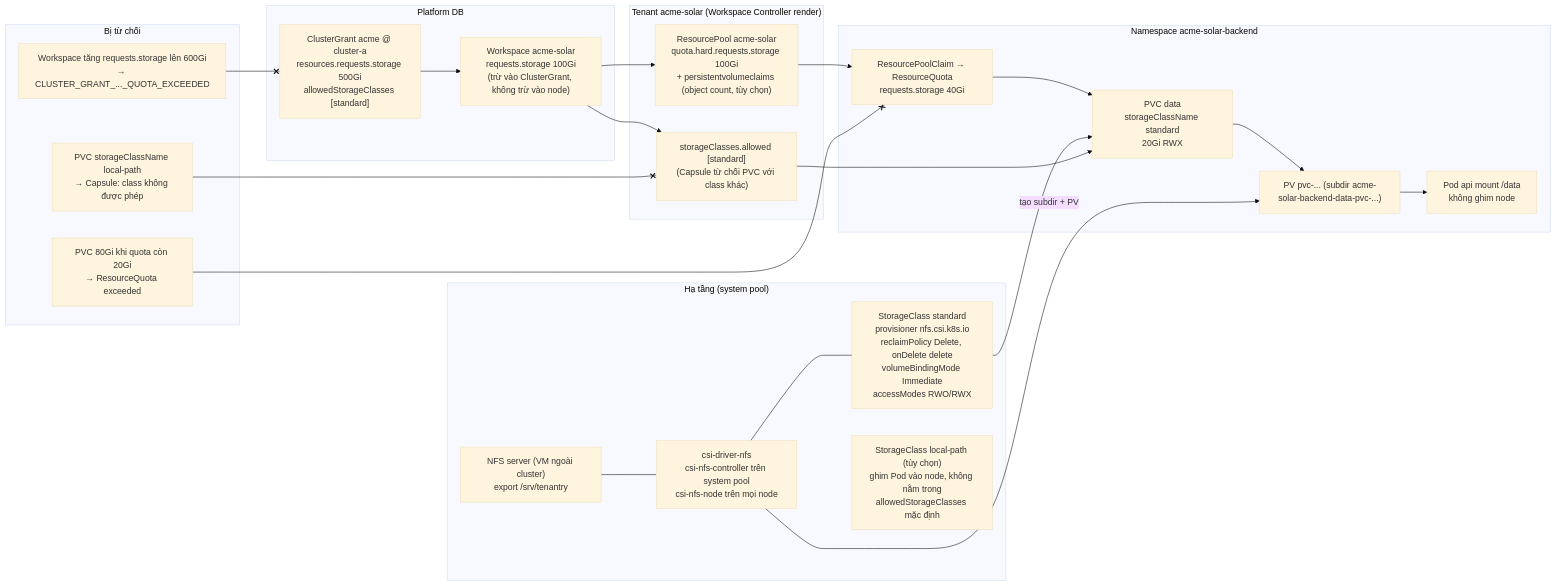
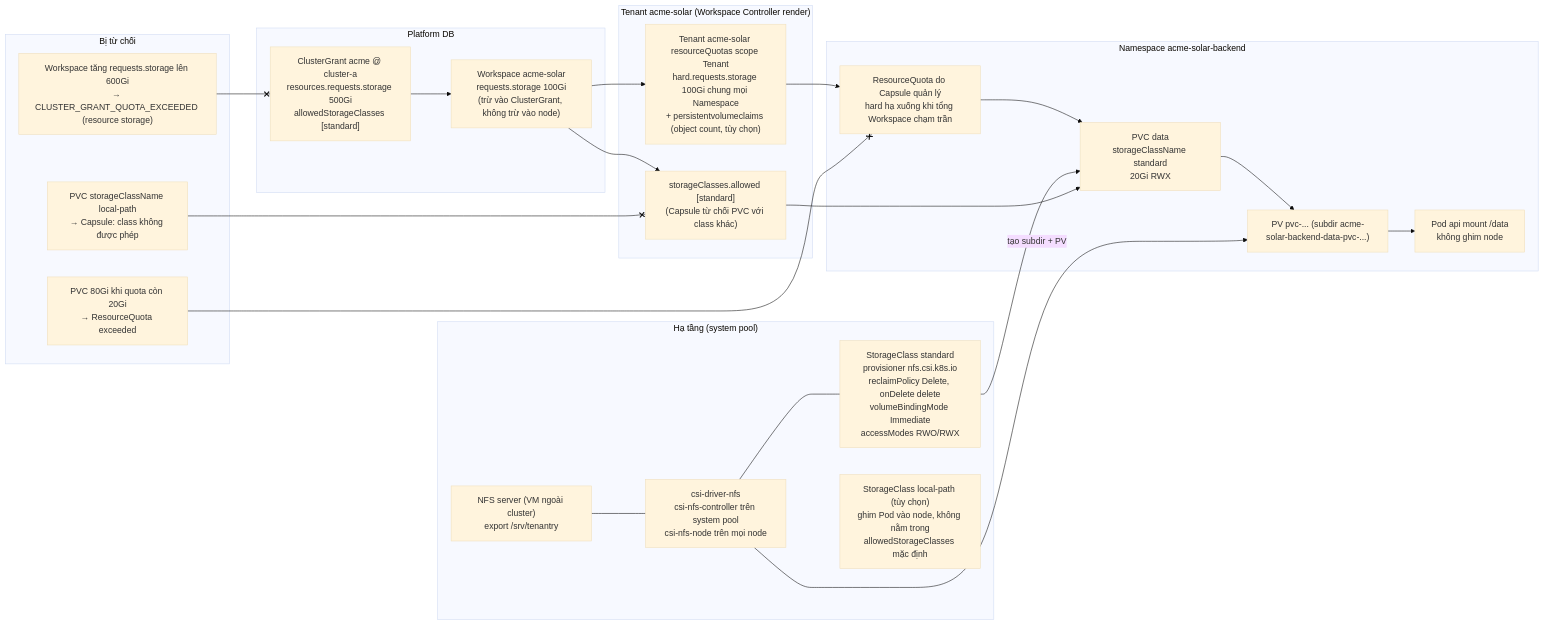
Before and after one commit to thaihoc1310/tenantry: the ninth of 9 diagrams in docs/architecture/05-network-and-scheduling.md, drawn with Mermaid (base theme). The commit also changed other lines of this file and 14 other files, not shown here.

Commit message:
docs: full review of M0-M12 with org slugs without hyphens, one shared quota per Workspace, tenant RoleBinding and network admission policies, kube-proxy local detection by interface, in-app ownership transfer, missing endpoints, and demo numbers that fit the lab

````diff
--- a/docs/architecture/05-network-and-scheduling.md
+++ b/docs/architecture/05-network-and-scheduling.md
@@ -542,47 +572,47 @@
 ```mermaid
 flowchart LR
   subgraph INFRA["Hạ tầng (system pool)"]
     NFS["NFS server (VM ngoài cluster)<br/>export /srv/tenantry"]
     PROV["csi-driver-nfs<br/>csi-nfs-controller trên system pool<br/>csi-nfs-node trên mọi node"]
     SC["StorageClass standard<br/>provisioner nfs.csi.k8s.io<br/>reclaimPolicy Delete, onDelete delete<br/>volumeBindingMode Immediate<br/>accessModes RWO/RWX"]
     SC2["StorageClass local-path (tùy chọn)<br/>ghim Pod vào node, không nằm trong<br/>allowedStorageClasses mặc định"]
     NFS --- PROV --- SC
   end
 
   subgraph GRANT["Platform DB"]
     CG["ClusterGrant acme @ cluster-a<br/>resources.requests.storage 500Gi<br/>allowedStorageClasses [standard]"]
     WSA["Workspace acme-solar<br/>requests.storage 100Gi<br/>(trừ vào ClusterGrant, không trừ vào node)"]
     CG --> WSA
   end
 
   subgraph TENANT["Tenant acme-solar (Workspace Controller render)"]
     TSC["storageClasses.allowed [standard]<br/>(Capsule từ chối PVC với class khác)"]
-    RP["ResourcePool acme-solar<br/>quota.hard.requests.storage 100Gi<br/>+ persistentvolumeclaims (object count, tùy chọn)"]
+    RP["Tenant acme-solar resourceQuotas scope Tenant<br/>hard.requests.storage 100Gi chung mọi Namespace<br/>+ persistentvolumeclaims (object count, tùy chọn)"]
     WSA --> TSC
     WSA --> RP
   end
 
   subgraph NSB["Namespace acme-solar-backend"]
-    CLAIM["ResourcePoolClaim → ResourceQuota<br/>requests.storage 40Gi"]
+    CLAIM["ResourceQuota do Capsule quản lý<br/>hard hạ xuống khi tổng Workspace chạm trần"]
     PVC["PVC data<br/>storageClassName standard<br/>20Gi RWX"]
     PV["PV pvc-... (subdir acme-solar-backend-data-pvc-...)"]
     POD["Pod api mount /data<br/>không ghim node"]
     RP --> CLAIM
     CLAIM --> PVC
     PVC --> PV
     PV --> POD
   end
 
   SC --> PVC
   PROV -->|"tạo subdir + PV"| PV
   TSC --> PVC
 
   subgraph REJ["Bị từ chối"]
     R1["PVC storageClassName local-path<br/>→ Capsule: class không được phép"]
     R2["PVC 80Gi khi quota còn 20Gi<br/>→ ResourceQuota exceeded"]
-    R3["Workspace tăng requests.storage lên 600Gi<br/>→ CLUSTER_GRANT_..._QUOTA_EXCEEDED"]
+    R3["Workspace tăng requests.storage lên 600Gi<br/>→ CLUSTER_GRANT_QUOTA_EXCEEDED (resource storage)"]
   end
   R1 --x TSC
   R2 --x CLAIM
   R3 --x CG
 ```
````
